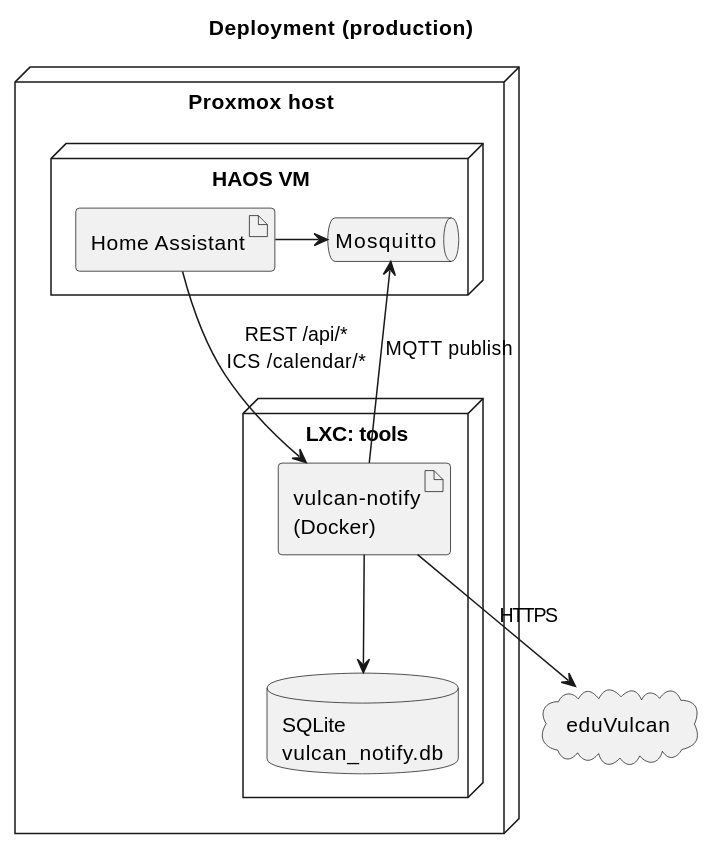
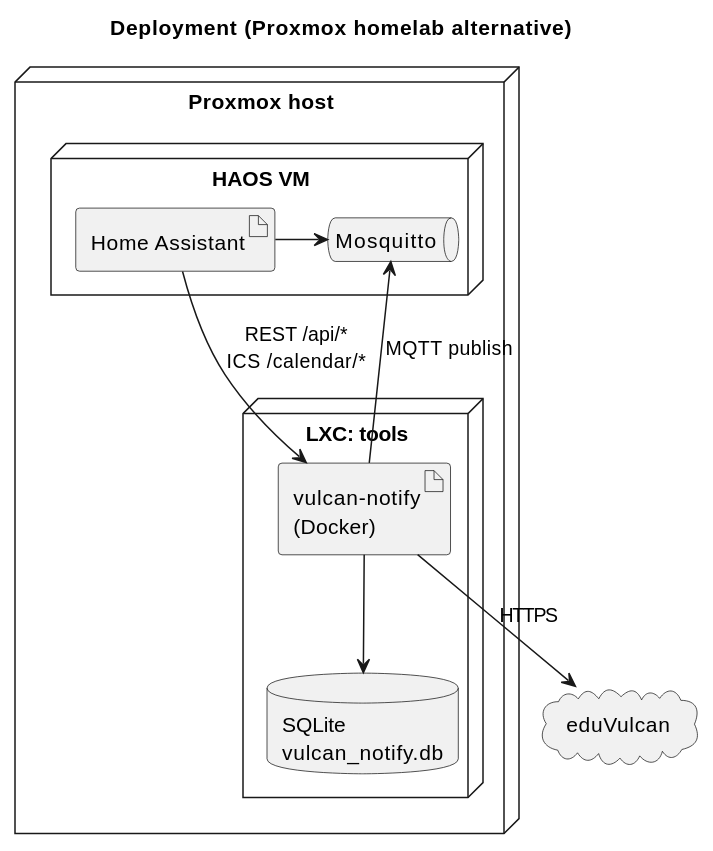
The third of 3 diagrams in docs/architecture.md (Joker-KP/vulcan-notify), drawn with PlantUML before and after one commit. The commit also changed other lines of this file and 19 other files, not shown here.

````diff
--- a/docs/architecture.md
+++ b/docs/architecture.md
@@ -474,23 +486,23 @@
 ```plantuml
 @startuml
-title Deployment (production)
+title Deployment (Proxmox homelab alternative)
 
 node "Proxmox host" {
   node "LXC: tools" {
     artifact "vulcan-notify\n(Docker)" as vn
     database "SQLite\nvulcan_notify.db" as sqlite
     vn --> sqlite
   }
   node "HAOS VM" {
     queue "Mosquitto" as mos
     artifact "Home Assistant" as ha
     ha -> mos
   }
 }
 
 cloud "eduVulcan" as ev
 vn --> ev : HTTPS
 vn --> mos : MQTT publish
 ha --> vn : REST /api/*\nICS /calendar/*
 @enduml
 ```
````
